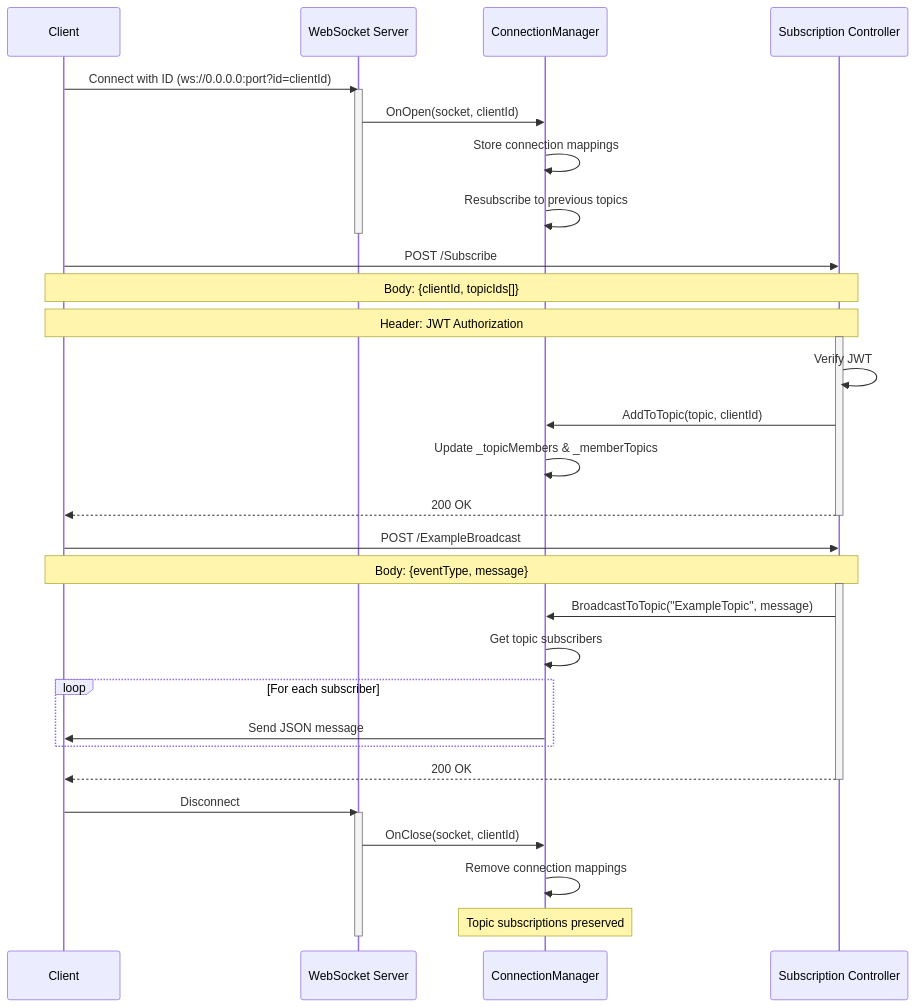
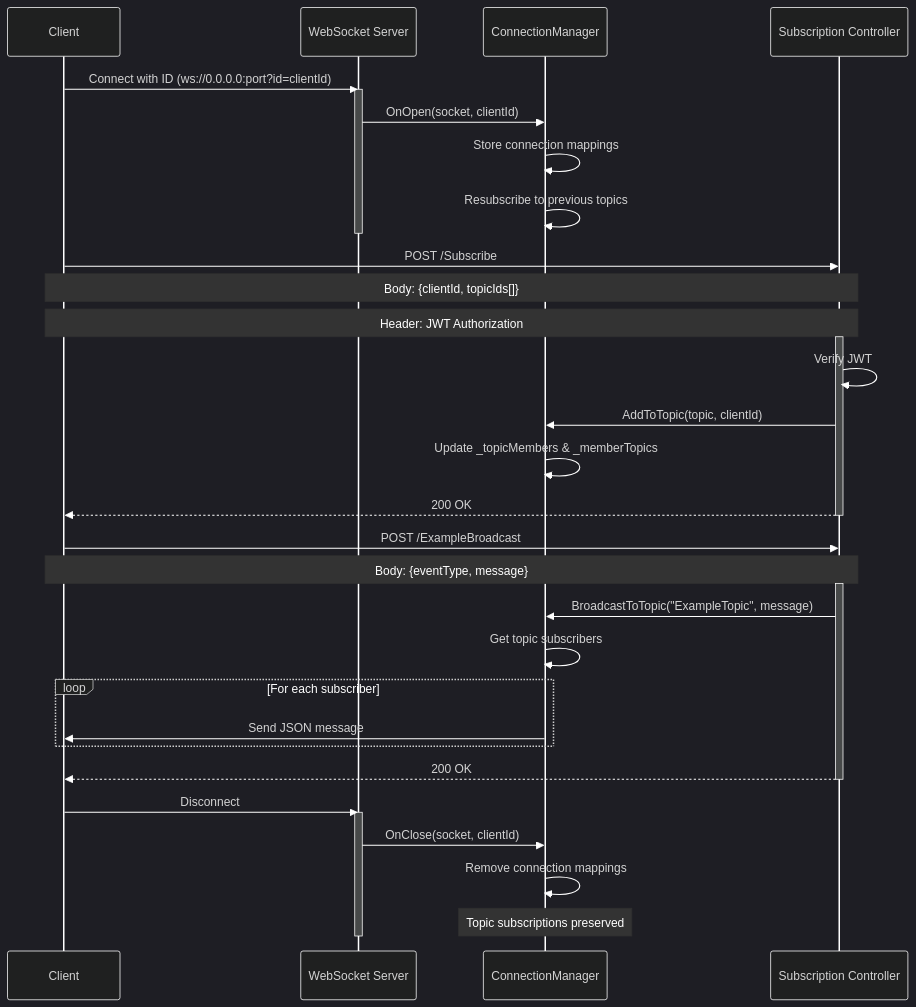
The diagram in cookbook.md (uldahlalex/fs25_14_2), drawn with Mermaid before and after one commit.

Commit message:
docs: update cookbook.md with embedme

````diff
--- a/cookbook.md
+++ b/cookbook.md
@@ -5,41 +5,41 @@
 ```mermaid
 %% ./assets/diagrams/connect-subscribe-broadcast.mmd
 
+%%{init: {'theme': 'dark', 'themeVariables': { 'background': '#000000', 'primaryTextColor': '#ffffff', 'primaryColor': '#ffffff', 'noteTextColor': '#ffffff', 'noteBkgColor': '#333333', 'sequenceNumberColor': '#ffffff', 'actorLineColor': '#ffffff', 'actorBorder': '#ffffff', 'signalColor': '#ffffff', 'textColor': '#ffffff', 'loopTextColor': '#ffffff', 'activationBorderColor': '#ffffff' }}}%%
 sequenceDiagram
     participant C as Client
     participant WS as WebSocket Server
     participant CM as ConnectionManager
     participant SC as Subscription Controller
     C ->> WS: Connect with ID (ws://0.0.0.0:port?id=clientId)
     activate WS
     WS ->> CM: OnOpen(socket, clientId)
     CM ->> CM: Store connection mappings
     CM ->> CM: Resubscribe to previous topics
     deactivate WS
     C ->> SC: POST /Subscribe
     Note over C, SC: Body: {clientId, topicIds[]}
     Note over C, SC: Header: JWT Authorization
     activate SC
     SC ->> SC: Verify JWT
     SC ->> CM: AddToTopic(topic, clientId)
     CM ->> CM: Update _topicMembers & _memberTopics
     SC -->> C: 200 OK
     deactivate SC
     C ->> SC: POST /ExampleBroadcast
     Note over C, SC: Body: {eventType, message}
     activate SC
     SC ->> CM: BroadcastToTopic("ExampleTopic", message)
     CM ->> CM: Get topic subscribers
     loop For each subscriber
         CM ->> C: Send JSON message
     end
     SC -->> C: 200 OK
     deactivate SC
     C ->> WS: Disconnect
     activate WS
     WS ->> CM: OnClose(socket, clientId)
     CM ->> CM: Remove connection mappings
     Note over CM: Topic subscriptions preserved
     deactivate WS
-
 ```
````
